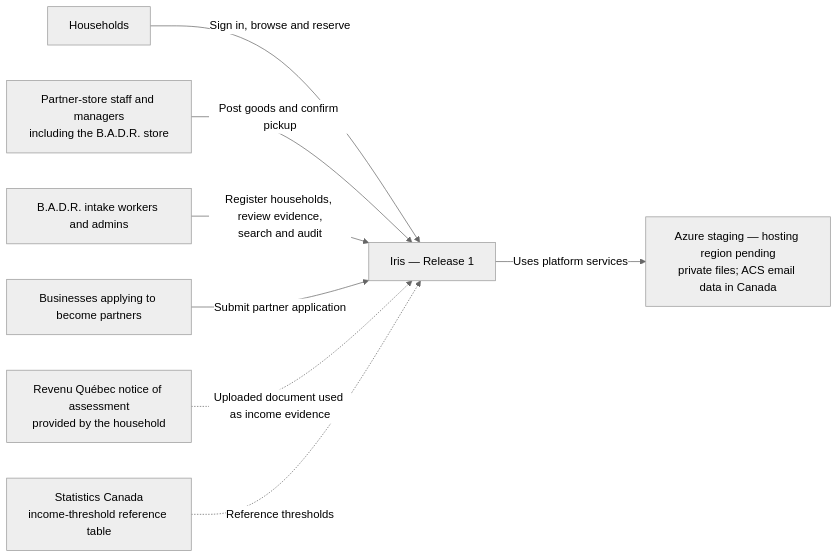
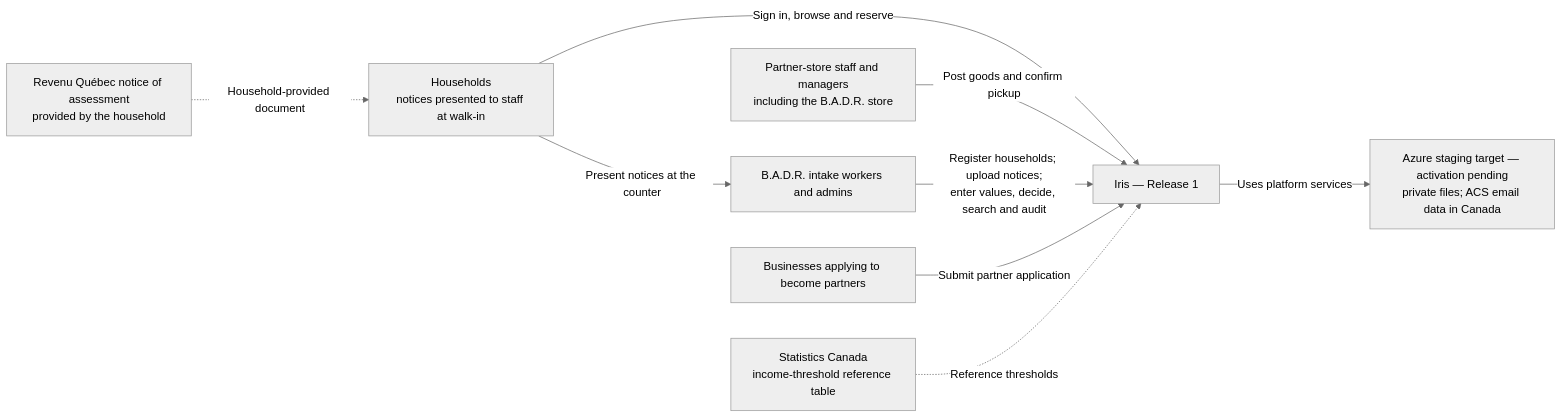
Before and after one commit to B-A-D-R-SL/iris: the first of 5 diagrams in docs/04-architecture/architecture.md, drawn with Mermaid (neutral theme). The commit also changed other lines of this file and 9 other files, not shown here.

Commit message:
SET-21 docs(architecture): reconcile Release 1 documentation with implementation

````diff
--- a/docs/04-architecture/architecture.md
+++ b/docs/04-architecture/architecture.md
@@ -206,19 +335,20 @@
 ```mermaid
 flowchart LR
-    HH["Households"]
+    HH["Households<br/>notices presented to staff at walk-in"]
     ST["Partner-store staff and managers<br/>including the B.A.D.R. store"]
     IW["B.A.D.R. intake workers and admins"]
     B["Businesses applying to become partners"]
     I["Iris — Release 1"]
     RQ["Revenu Québec notice of assessment<br/>provided by the household"]
     SC["Statistics Canada<br/>income-threshold reference table"]
-    AZ["Azure staging — hosting region pending<br/>private files; ACS email data in Canada"]
+    AZ["Azure staging target — activation pending<br/>private files; ACS email data in Canada"]
 
     HH -->|"Sign in, browse and reserve"| I
+    HH -->|"Present notices at the counter"| IW
     ST -->|"Post goods and confirm pickup"| I
-    IW -->|"Register households, review evidence,<br/>search and audit"| I
+    IW -->|"Register households; upload notices;<br/>enter values, decide, search and audit"| I
     B -->|"Submit partner application"| I
-    RQ -. "Uploaded document used as income evidence" .-> I
+    RQ -. "Household-provided document" .-> HH
     SC -. "Reference thresholds" .-> I
     I -->|"Uses platform services"| AZ
 ```
````
